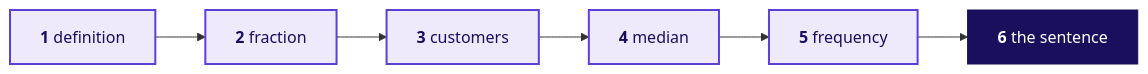
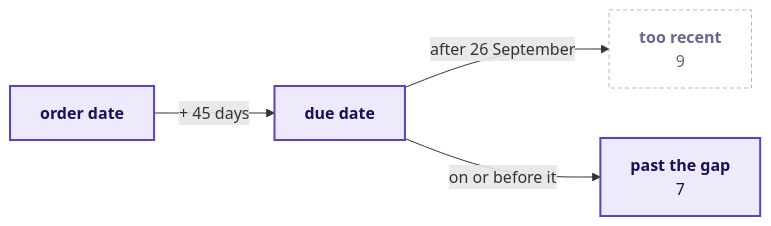
Diagram 14 of 20 in content/W01/D1/slides/C2_W01_D01_half2_STUDENT.md (fde-academy-lab/c2-content-factory), drawn with Mermaid before and after one commit. The commit also changed other lines of this file and 22 other files, not shown here.

````diff
--- a/content/W01/D1/slides/C2_W01_D01_half2_STUDENT.md
+++ b/content/W01/D1/slides/C2_W01_D01_half2_STUDENT.md
@@ -381,9 +691,10 @@
 ```mermaid
 flowchart LR
-    C1["<b>1</b> definition"] --> C2["<b>2</b> fraction"] --> C3["<b>3</b> customers"]
-    C3 --> C4["<b>4</b> median"] --> C5["<b>5</b> frequency"] --> C6["<b>6</b> the sentence"]
+    D["<b>order date</b>"] -->|"+ 45 days"| U["<b>due date</b>"]
+    U -->|"after 26 September"| R["<b>too recent</b><br/>9"]
+    U -->|"on or before it"| P["<b>past the gap</b><br/>7"]
     classDef known fill:#EEEAFB,stroke:#5B3FD6,color:#1A0F5C,stroke-width:2px
-    classDef bet fill:#1A0F5C,stroke:#1A0F5C,color:#FFFFFF
-    class C1,C2,C3,C4,C5 known
-    class C6 bet
+    classDef unknown fill:#FFFFFF,stroke:#B8B2D6,color:#6B6690,stroke-dasharray:4 3
+    class D,U,P known
+    class R unknown
 ```
````
